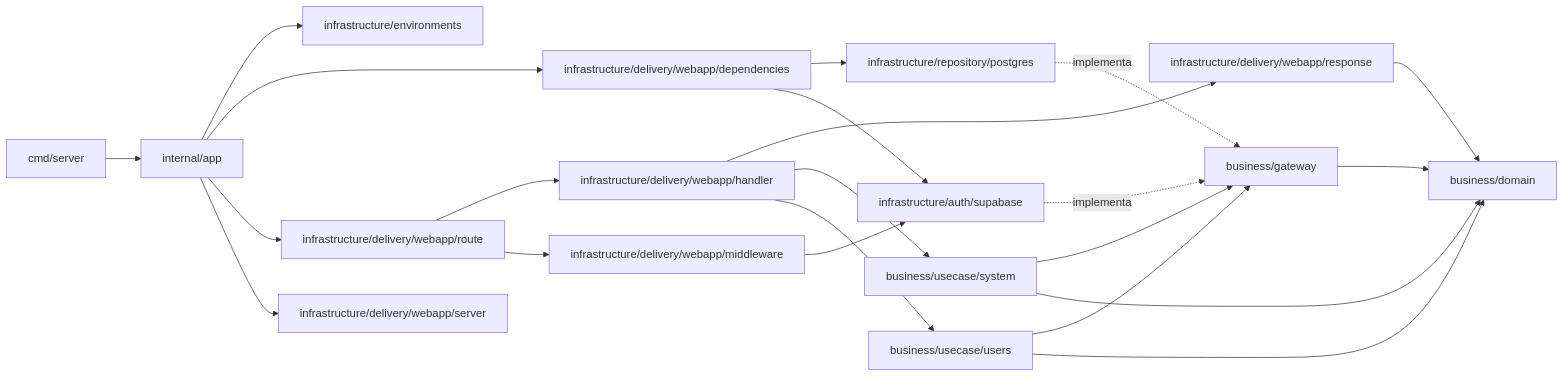
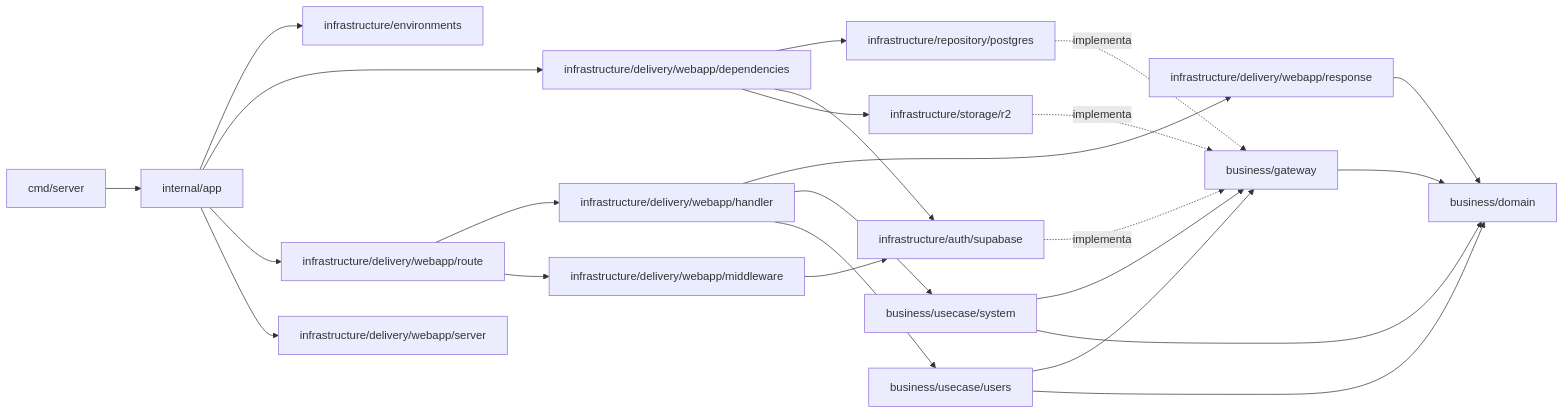
One commit to LoteoApp/LoteosAPP changed the second of 2 diagrams in docs/architecture.md. Above: the diagram before and after it, drawn with Mermaid. The commit also changed other lines of this file and 20 other files, not shown here.

````diff
--- a/docs/architecture.md
+++ b/docs/architecture.md
@@ -176,24 +185,26 @@
 ```mermaid
 flowchart LR
     main["cmd/server"] --> app["internal/app"]
     app --> environments["infrastructure/environments"]
     app --> deps["infrastructure/delivery/webapp/dependencies"]
     app --> route["infrastructure/delivery/webapp/route"]
     app --> server["infrastructure/delivery/webapp/server"]
     deps --> repo["infrastructure/repository/postgres"]
     deps --> supabase["infrastructure/auth/supabase"]
+    deps --> storage["infrastructure/storage/r2"]
     route --> handler["infrastructure/delivery/webapp/handler"]
     route --> middleware["infrastructure/delivery/webapp/middleware"]
     middleware --> supabase
     handler --> response["infrastructure/delivery/webapp/response"]
     handler --> usecaseSystem["business/usecase/system"]
     handler --> usecaseUsers["business/usecase/users"]
     repo -.implementa.-> gateway["business/gateway"]
     supabase -.implementa.-> gateway
+    storage -.implementa.-> gateway
     usecaseSystem --> gateway
     usecaseUsers --> gateway
     usecaseSystem --> domain["business/domain"]
     usecaseUsers --> domain
     response --> domain
     gateway --> domain
 ```
````
